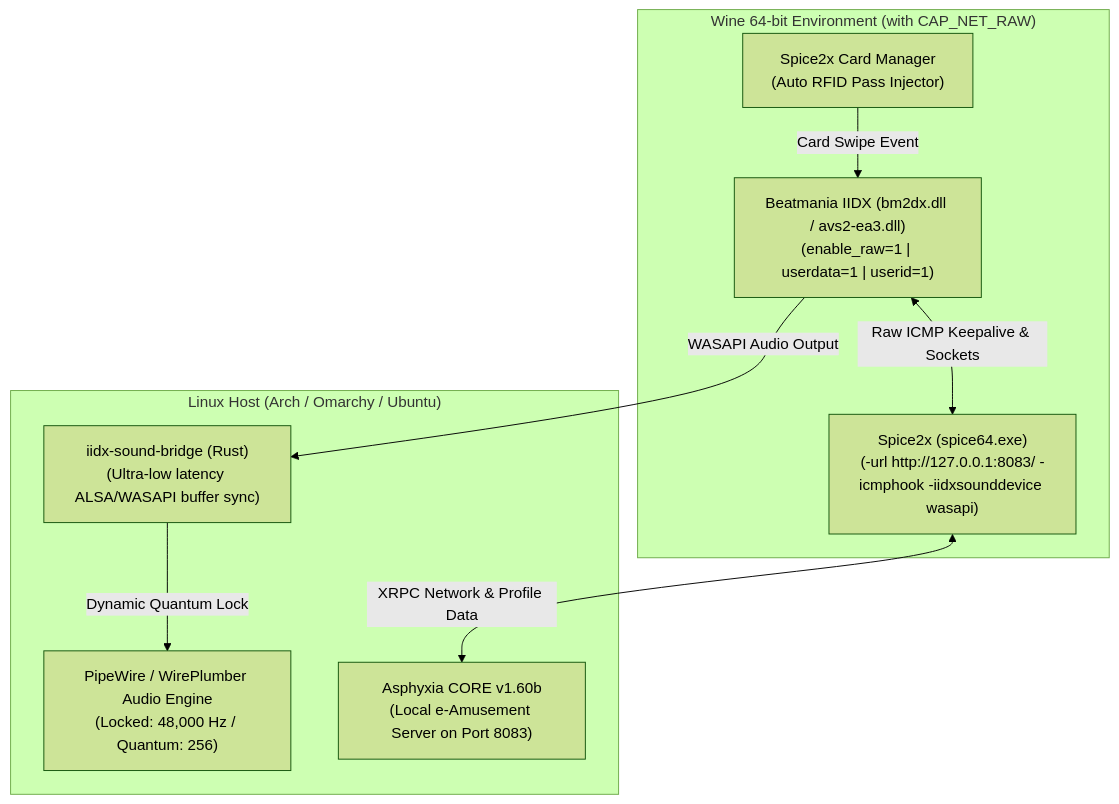
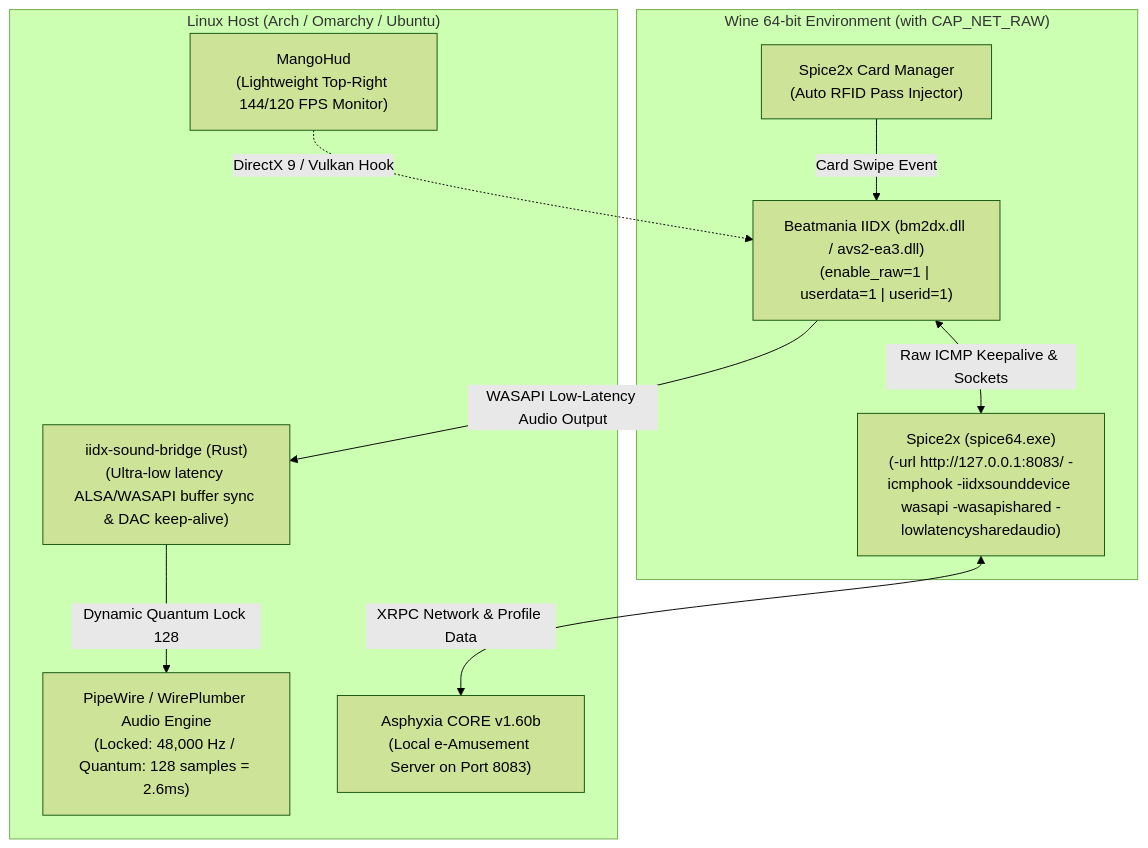
Before and after one commit to Djkawada/Beatmania-IIDX-Linux: the diagram in README.md, drawn with Mermaid (forest theme). The commit also changed other lines of this file and 3 other files, not shown here.

Commit message:
feat(audio): Ultra-low latency WASAPI (128 samples / 2.6ms), DSP anti-saturation lock & MangoHud integration

````diff
--- a/README.md
+++ b/README.md
@@ -27,20 +29,22 @@
 ```mermaid
 flowchart TB
     subgraph LinuxHost ["Linux Host (Arch / Omarchy / Ubuntu)"]
-        PW["PipeWire / WirePlumber Audio Engine\n(Locked: 48,000 Hz / Quantum: 256)"]
-        Bridge["iidx-sound-bridge (Rust)\n(Ultra-low latency ALSA/WASAPI buffer sync)"]
+        PW["PipeWire / WirePlumber Audio Engine\n(Locked: 48,000 Hz / Quantum: 128 samples = 2.6ms)"]
+        Bridge["iidx-sound-bridge (Rust)\n(Ultra-low latency ALSA/WASAPI buffer sync & DAC keep-alive)"]
         Asphyxia["Asphyxia CORE v1.60b\n(Local e-Amusement Server on Port 8083)"]
+        Mango["MangoHud\n(Lightweight Top-Right 144/120 FPS Monitor)"]
     end
 
     subgraph WineEnv ["Wine 64-bit Environment (with CAP_NET_RAW)"]
-        Spice["Spice2x (spice64.exe)\n(-url http://127.0.0.1:8083/ -icmphook -iidxsounddevice wasapi)"]
+        Spice["Spice2x (spice64.exe)\n(-url http://127.0.0.1:8083/ -icmphook -iidxsounddevice wasapi -wasapishared -lowlatencysharedaudio)"]
         Game["Beatmania IIDX (bm2dx.dll / avs2-ea3.dll)\n(enable_raw=1 | userdata=1 | userid=1)"]
         CardMgr["Spice2x Card Manager\n(Auto RFID Pass Injector)"]
     end
 
-    Bridge -->|Dynamic Quantum Lock| PW
-    Game -->|WASAPI Audio Output| Bridge
+    Bridge -->|Dynamic Quantum Lock 128| PW
+    Game -->|WASAPI Low-Latency Audio Output| Bridge
     Game <-->|Raw ICMP Keepalive & Sockets| Spice
     Spice <-->|XRPC Network & Profile Data| Asphyxia
     CardMgr -->|Card Swipe Event| Game
+    Mango -.->|DirectX 9 / Vulkan Hook| Game
 ```
````
